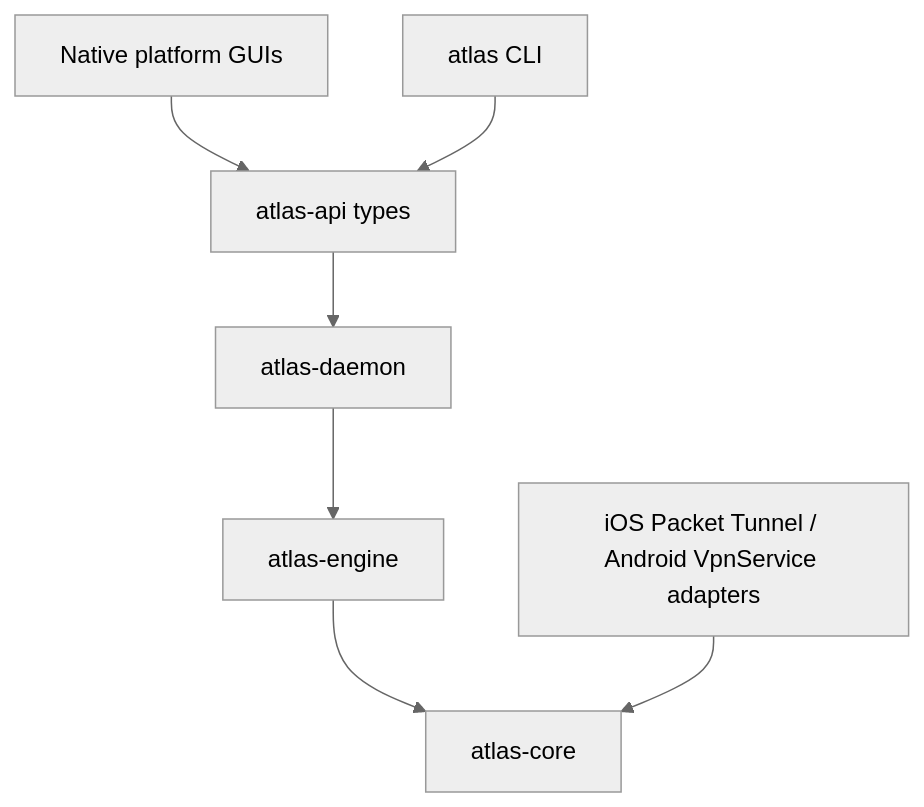
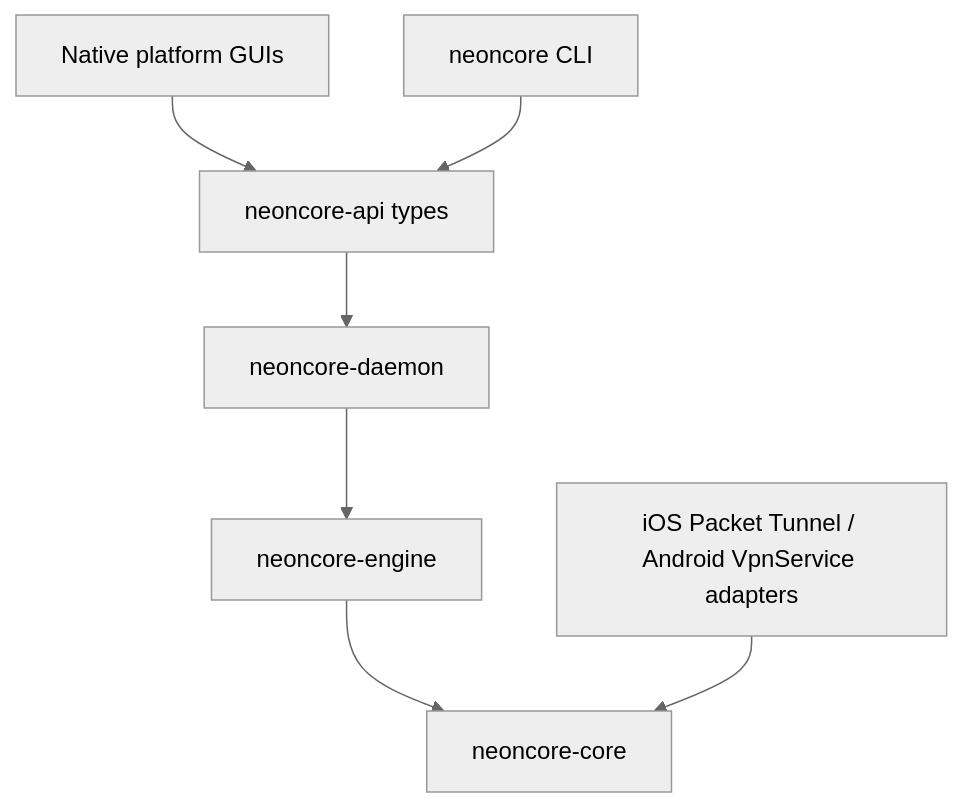
One commit to NeonCore-AU/NeonCore-Atlas changed the diagram in README.md. Above: the diagram before and after it, drawn with Mermaid (neutral theme). The commit also changed other lines of this file and 28 other files, not shown here.

````diff
--- a/README.md
+++ b/README.md
@@ -9,9 +9,9 @@
 ```mermaid
 flowchart TD
-    GUI[Native platform GUIs] --> API[atlas-api types]
-    CLI[atlas CLI] --> API
-    API --> Daemon[atlas-daemon]
-    Daemon --> Engine[atlas-engine]
-    Engine --> Core[atlas-core]
+    GUI[Native platform GUIs] --> API[neoncore-api types]
+    CLI[neoncore CLI] --> API
+    API --> Daemon[neoncore-daemon]
+    Daemon --> Engine[neoncore-engine]
+    Engine --> Core[neoncore-core]
     Mobile[iOS Packet Tunnel / Android VpnService adapters] --> Core
 ```
````
